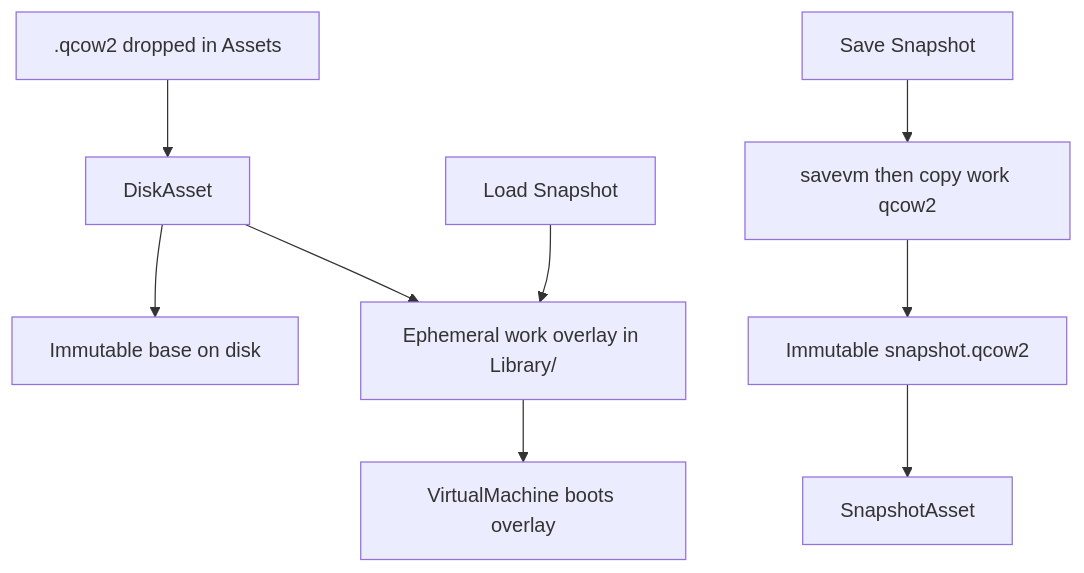
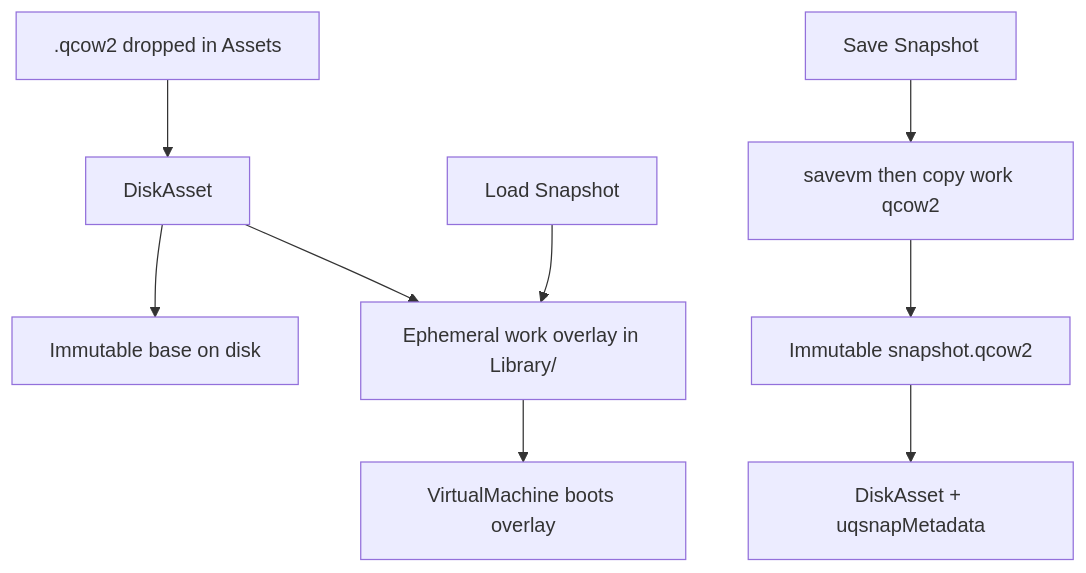
Before and after one commit to plunderludics/unityqemu: the first of 2 diagrams in Packages/org.plunderludics.unityqemu/docs/disk-and-snapshots.md, drawn with Mermaid. The commit also changed other lines of this file and 33 other files, not shown here.

````diff
--- a/Packages/org.plunderludics.unityqemu/docs/disk-and-snapshots.md
+++ b/Packages/org.plunderludics.unityqemu/docs/disk-and-snapshots.md
@@ -226,11 +226,11 @@
 ```mermaid
 flowchart TD
   qcowImport[".qcow2 dropped in Assets"] --> diskAsset["DiskAsset"]
   diskAsset --> baseStore["Immutable base on disk"]
   diskAsset --> workOverlay["Ephemeral work overlay in Library/"]
   snapSave["Save Snapshot"] --> savevm["savevm then copy work qcow2"]
   savevm --> snapFile["Immutable snapshot.qcow2"]
-  snapFile --> snapAsset["SnapshotAsset"]
+  snapFile --> snapAsset["DiskAsset + uqsnapMetadata"]
   snapLoad["Load Snapshot"] --> workOverlay
   workOverlay --> virtualMachine["VirtualMachine boots overlay"]
 ```
````
